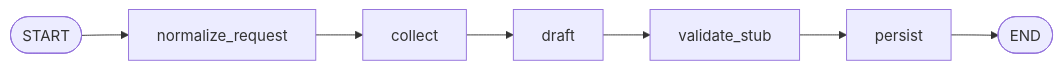
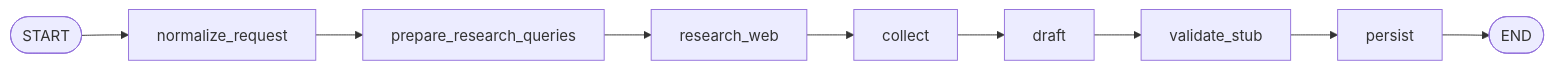
Before and after one commit to Xcaesar1/JourneyOps: the third of 3 diagrams in docs/ARCHITECTURE.md, drawn with Mermaid. The commit also changed other lines of this file and 4 other files, not shown here.

````diff
--- a/docs/ARCHITECTURE.md
+++ b/docs/ARCHITECTURE.md
@@ -91,9 +104,11 @@
 ```mermaid
 flowchart LR
     Start([START]) --> Normalize[normalize_request]
-    Normalize --> Collect[collect]
+    Normalize --> Prepare[prepare_research_queries]
+    Prepare --> Research[research_web]
+    Research --> Collect[collect]
     Collect --> Draft[draft]
     Draft --> Validate[validate_stub]
     Validate --> Persist[persist]
     Persist --> End([END])
 ```
````
